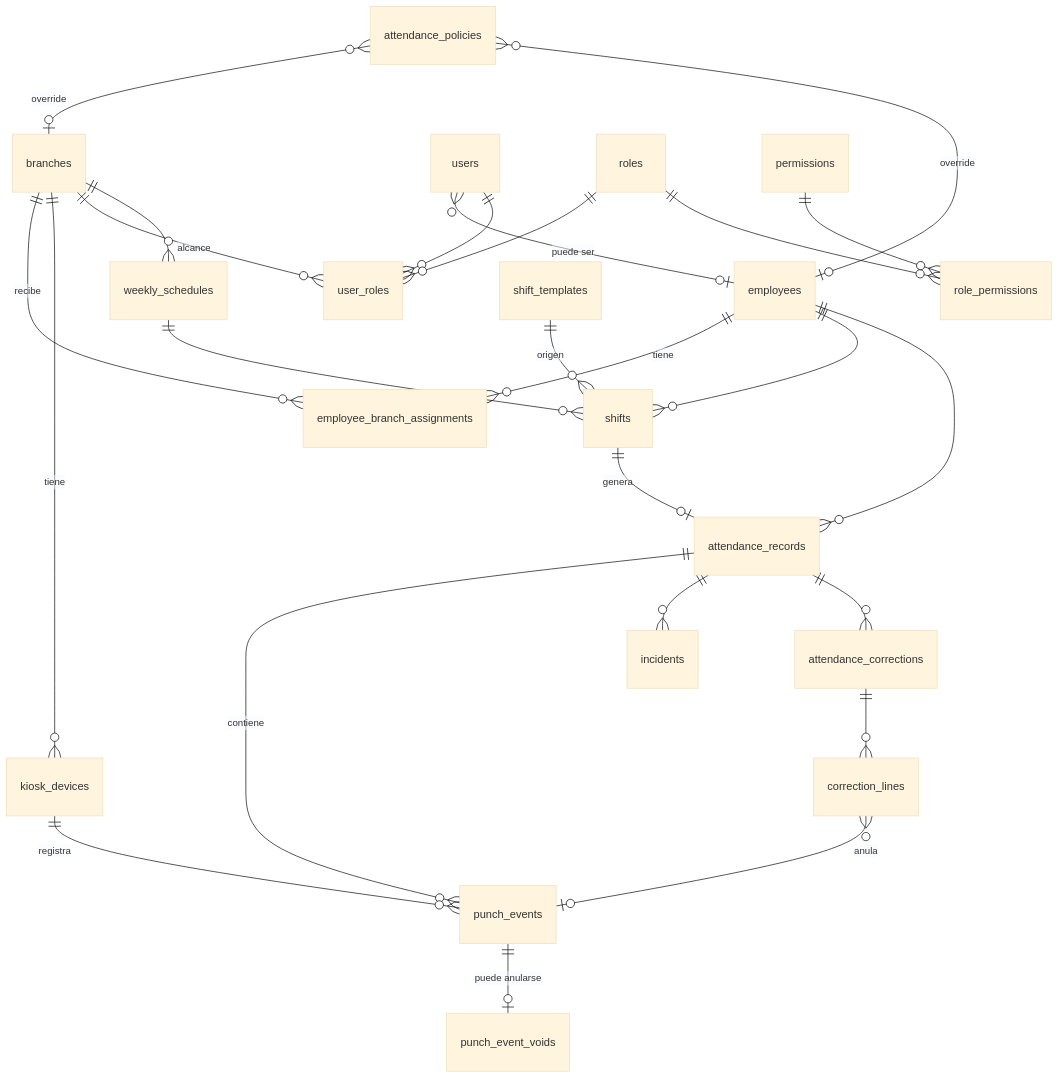
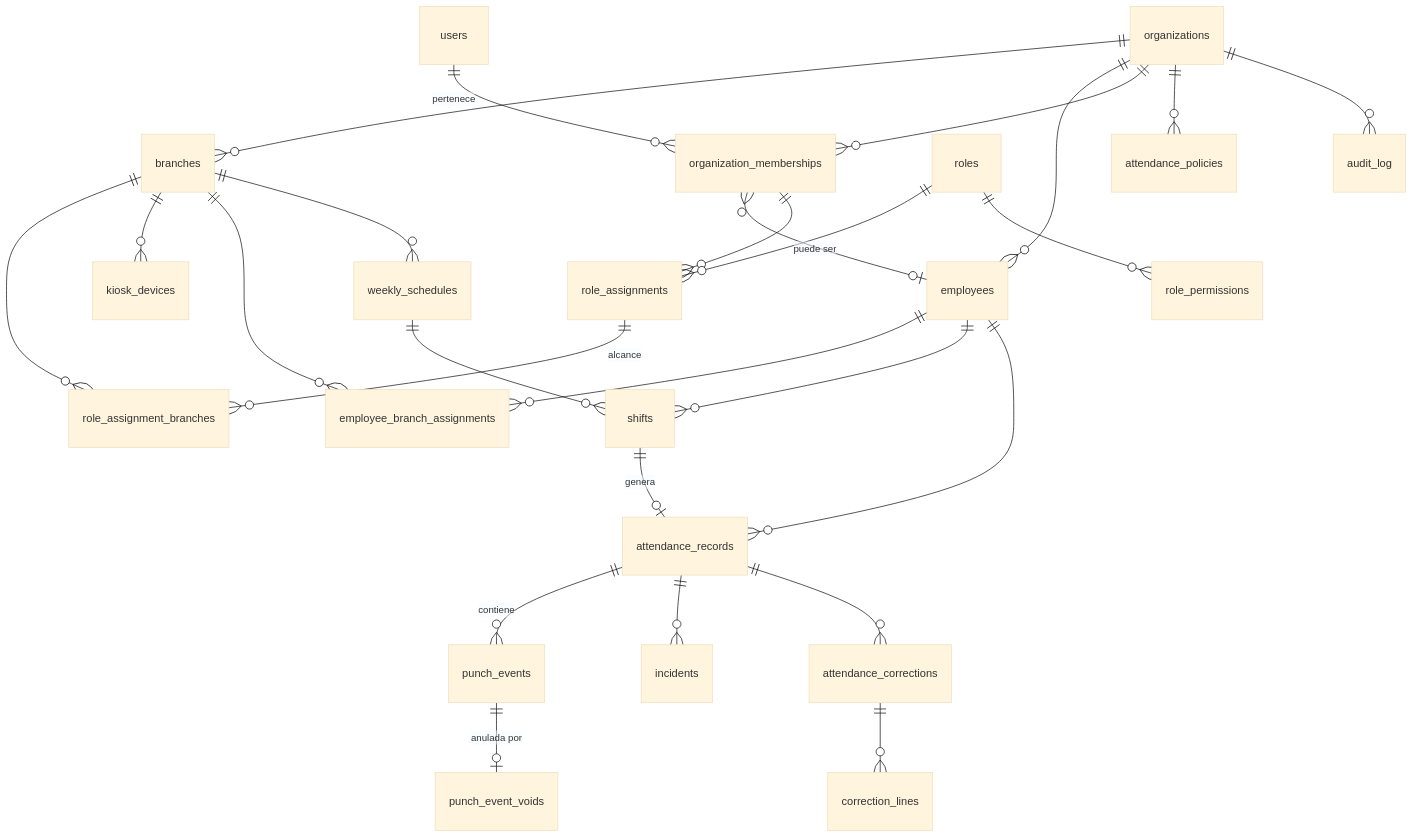
One commit to LACMMXLI/claude-app-checador changed the diagram in docs/02-modelo-de-datos.md. Above: the diagram before and after it, drawn with Mermaid (base theme). The commit also changed other lines of this file and 4 other files, not shown here.

````diff
--- a/docs/02-modelo-de-datos.md
+++ b/docs/02-modelo-de-datos.md
@@ -17,30 +18,29 @@
 ```mermaid
 erDiagram
-  branches ||--o{ employee_branch_assignments : "recibe"
-  employees ||--o{ employee_branch_assignments : "tiene"
-  branches ||--o{ kiosk_devices : "tiene"
-  users }o--o| employees : "puede ser"
-  users ||--o{ user_roles : ""
-  roles ||--o{ user_roles : ""
+  organizations ||--o{ branches : ""
+  organizations ||--o{ employees : ""
+  organizations ||--o{ organization_memberships : ""
+  users ||--o{ organization_memberships : "pertenece"
+  organization_memberships }o--o| employees : "puede ser"
+  organization_memberships ||--o{ role_assignments : ""
+  roles ||--o{ role_assignments : ""
+  role_assignments ||--o{ role_assignment_branches : "alcance"
+  branches ||--o{ role_assignment_branches : ""
   roles ||--o{ role_permissions : ""
-  permissions ||--o{ role_permissions : ""
-  branches ||--o{ user_roles : "alcance"
+  branches ||--o{ kiosk_devices : ""
+  employees ||--o{ employee_branch_assignments : ""
+  branches ||--o{ employee_branch_assignments : ""
 
   branches ||--o{ weekly_schedules : ""
   weekly_schedules ||--o{ shifts : ""
   employees ||--o{ shifts : ""
-  shift_templates ||--o{ shifts : "origen"
-
   shifts ||--o| attendance_records : "genera"
   employees ||--o{ attendance_records : ""
   attendance_records ||--o{ punch_events : "contiene"
-  kiosk_devices ||--o{ punch_events : "registra"
+  punch_events ||--o| punch_event_voids : "anulada por"
   attendance_records ||--o{ incidents : ""
   attendance_records ||--o{ attendance_corrections : ""
   attendance_corrections ||--o{ correction_lines : ""
-  correction_lines }o--o| punch_events : "anula"
-  punch_events ||--o| punch_event_voids : "puede anularse"
-
-  attendance_policies }o--o| branches : "override"
-  attendance_policies }o--o| employees : "override"
+  organizations ||--o{ attendance_policies : ""
+  organizations ||--o{ audit_log : ""
 ```
````
